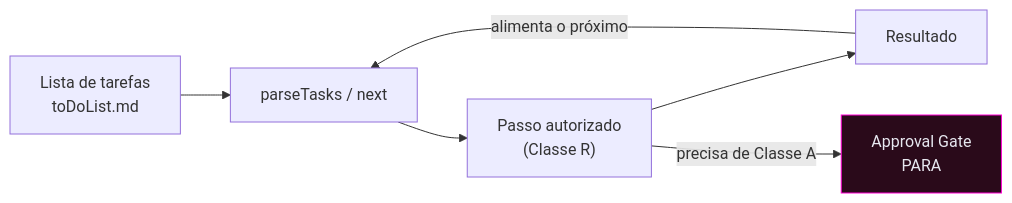
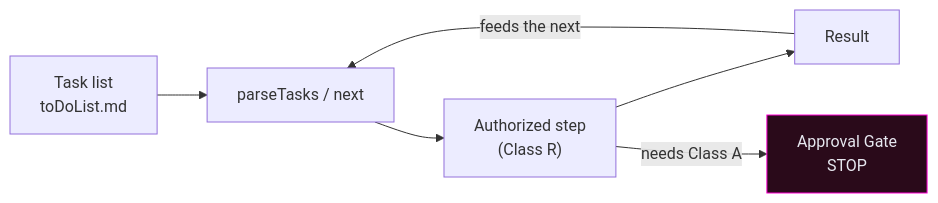
The second of 3 diagrams in README.md (Pettigrul/SYNAPSE), drawn with Mermaid before and after one commit. The commit also changed other lines of this file and 41 other files, not shown here.

````diff
--- a/README.md
+++ b/README.md
@@ -274,10 +347,10 @@
 ```mermaid
 flowchart LR
-  T["Lista de tarefas<br/>toDoList.md"] --> SEL["parseTasks / next"]
-  SEL --> ACT["Passo autorizado<br/>(Classe R)"]
-  ACT --> RES["Resultado"]
-  RES -->|alimenta o próximo| SEL
-  ACT -->|precisa de Classe A| GATE["Approval Gate<br/>PARA"]
+  T["Task list<br/>toDoList.md"] --> SEL["parseTasks / next"]
+  SEL --> ACT["Authorized step<br/>(Class R)"]
+  ACT --> RES["Result"]
+  RES -->|feeds the next| SEL
+  ACT -->|needs Class A| GATE["Approval Gate<br/>STOP"]
   classDef g fill:#2a0a1a,stroke:#FF00D4,color:#E7E8F0;
   class GATE g;
 ```
````
